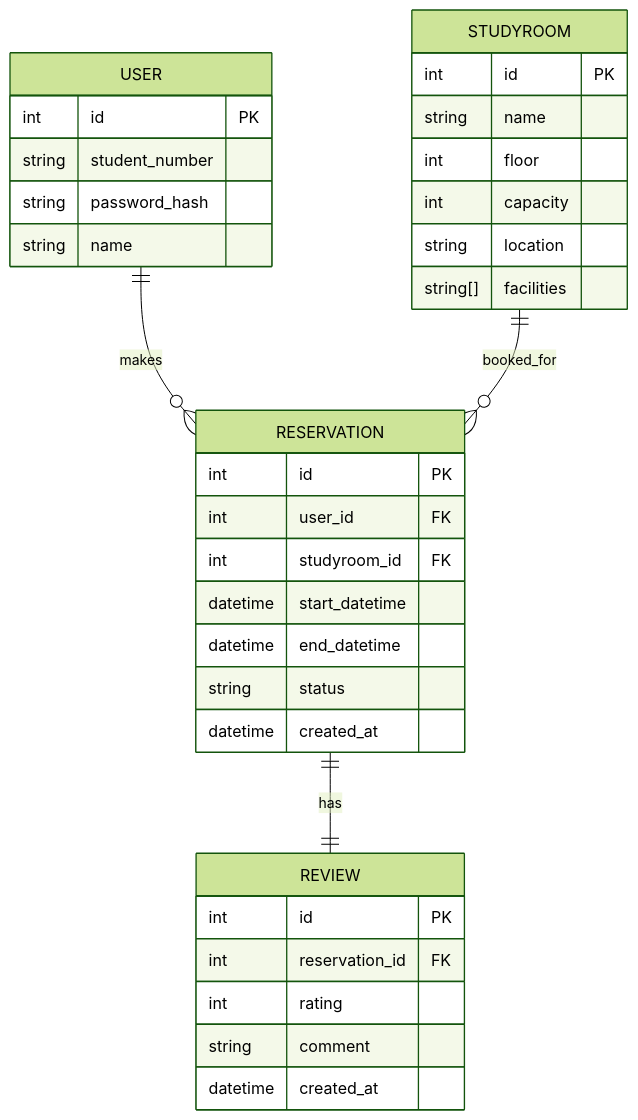
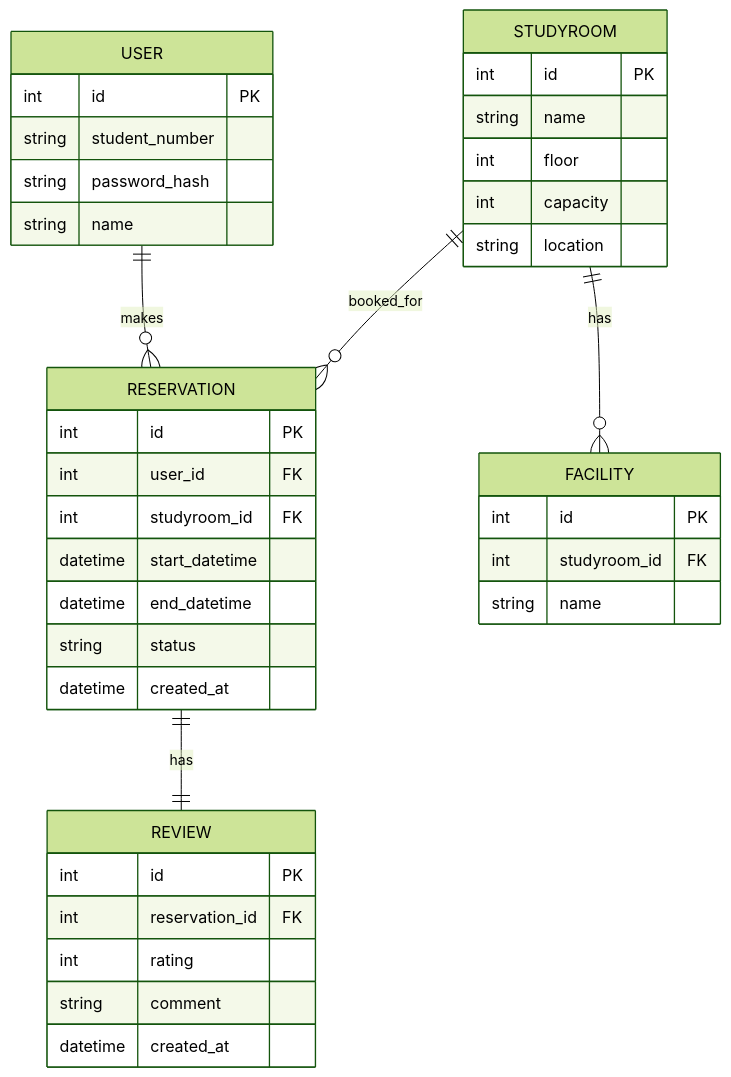
The diagram in docs/erd.md (cheryea/studyroom-booking-api), drawn with Mermaid (forest theme) before and after one commit. The commit also changed other lines of this file and 1 other file, not shown here.

Commit message:
docs/model: 스터디룸 시설(Facility) 테이블 추가 및 ERD/API 문서 수정
- StudyRoom과 1:N 관계로 Facility 엔티티 추가
- StudyRoom.facilities 배열 컬럼 제거
- Facility.studyroom_id를 nullable로 설정하여 스터디룸에 연결되지 않은 시설 허용
- ERD 다이어그램 업데이트
- StudyRoom API 문서에 Facility 관련 엔드포인트 반영

````diff
--- a/docs/erd.md
+++ b/docs/erd.md
@@ -1,41 +1,46 @@
 ```mermaid
 erDiagram
     USER ||--o{ RESERVATION : makes
     STUDYROOM ||--o{ RESERVATION : booked_for
     RESERVATION ||--|| REVIEW : has
+    STUDYROOM ||--o{ FACILITY : has
 
     USER {
         int id PK
         string student_number
         string password_hash
         string name
     }
 
     STUDYROOM {
         int id PK
         string name
         int floor
         int capacity
         string location
-        string[] facilities
     }
 
+    FACILITY {
+        int id PK
+        int studyroom_id FK
+        string name
+    }
 
     RESERVATION {
         int id PK
         int user_id FK
         int studyroom_id FK
         datetime start_datetime
         datetime end_datetime
         string status
         datetime created_at
     }
 
     REVIEW {
         int id PK
         int reservation_id FK
         int rating
         string comment
         datetime created_at
     }
 ```
````
